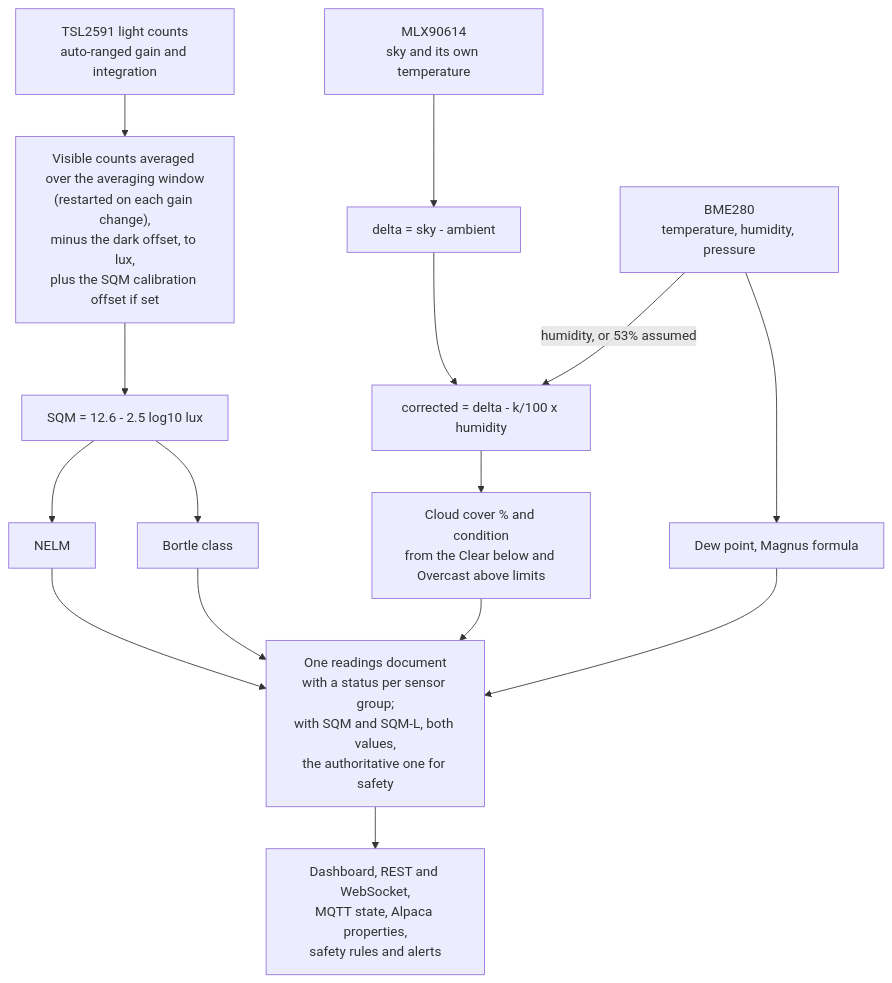
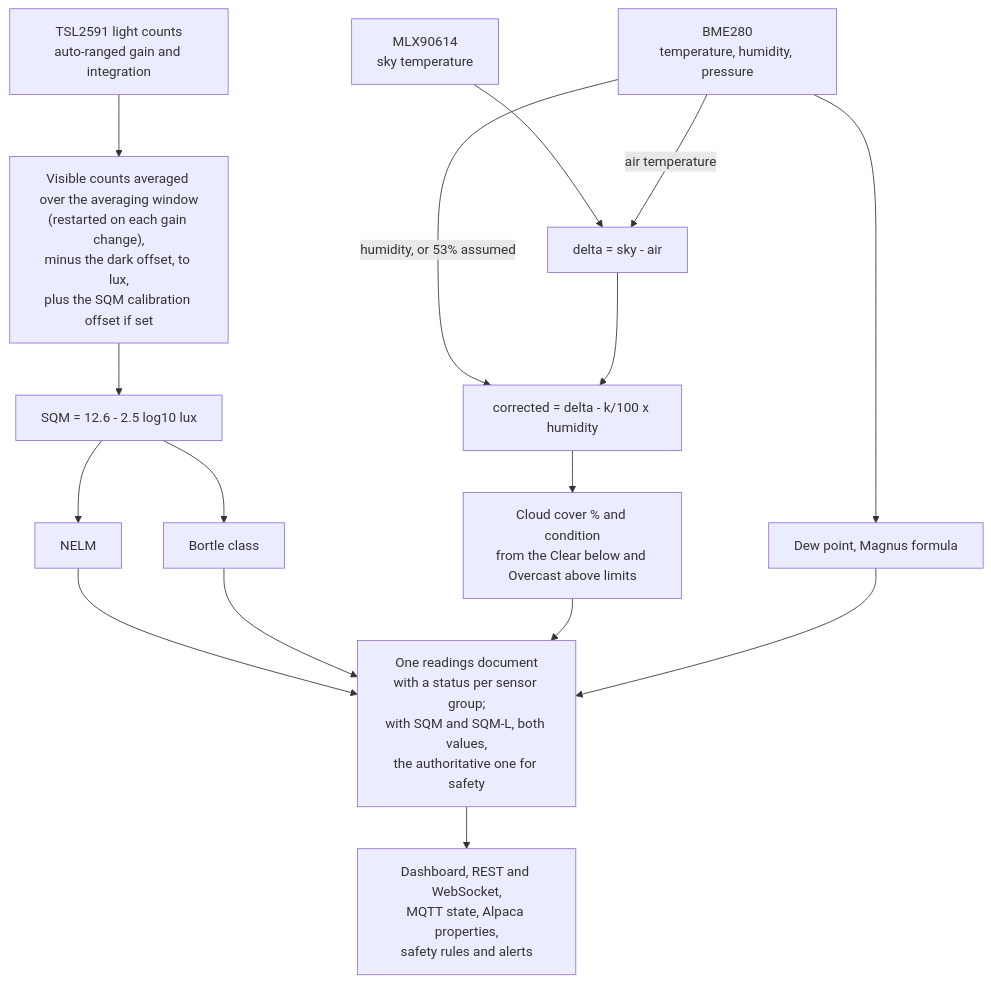
One commit to DeanJ87/SQMeter changed the diagram in docs/reference/sky-quality.md. Above: the diagram before and after it, drawn with Mermaid. The commit also changed other lines of this file and 4 other files, not shown here.

First line of the commit message:
fix(clouds): use the BME280 air temperature for the sky delta (#172)

````diff
--- a/docs/reference/sky-quality.md
+++ b/docs/reference/sky-quality.md
@@ -16,19 +16,20 @@
 ```mermaid
 flowchart TB
     accTitle: From sensor readings to the readings document
     accDescr: Light counts become lux, then SQM, NELM and Bortle. The IR sky minus ambient temperature, corrected for humidity, becomes cloud cover. Temperature and humidity give the dew point. Everything goes into one readings document that the dashboard, REST, WebSocket, MQTT, Alpaca and the safety rules all use.
     TSL["TSL2591 light counts<br/>auto-ranged gain and integration"] --> LUXAVG["Visible counts averaged over the averaging window<br/>(restarted on each gain change),<br/>minus the dark offset, to lux,<br/>plus the SQM calibration offset if set"]
     LUXAVG --> SQM["SQM = 12.6 - 2.5 log10 lux"]
     SQM --> NELM["NELM"]
     SQM --> BORTLE["Bortle class"]
-    MLX["MLX90614<br/>sky and its own temperature"] --> DELTA["delta = sky - ambient"]
+    MLX["MLX90614<br/>sky temperature"] --> DELTA["delta = sky - air"]
     BME["BME280<br/>temperature, humidity, pressure"] -->|humidity, or 53% assumed| CORR
+    BME -->|air temperature| DELTA
     DELTA --> CORR["corrected = delta - k/100 x humidity"]
     CORR --> CLOUD["Cloud cover % and condition<br/>from the Clear below and Overcast above limits"]
     BME --> DEW["Dew point, Magnus formula"]
     NELM --> DOC
     BORTLE --> DOC
     CLOUD --> DOC
     DEW --> DOC
     DOC["One readings document<br/>with a status per sensor group;<br/>with SQM and SQM-L, both values,<br/>the authoritative one for safety"] --> OUT["Dashboard, REST and WebSocket,<br/>MQTT state, Alpaca properties,<br/>safety rules and alerts"]
 ```
````
